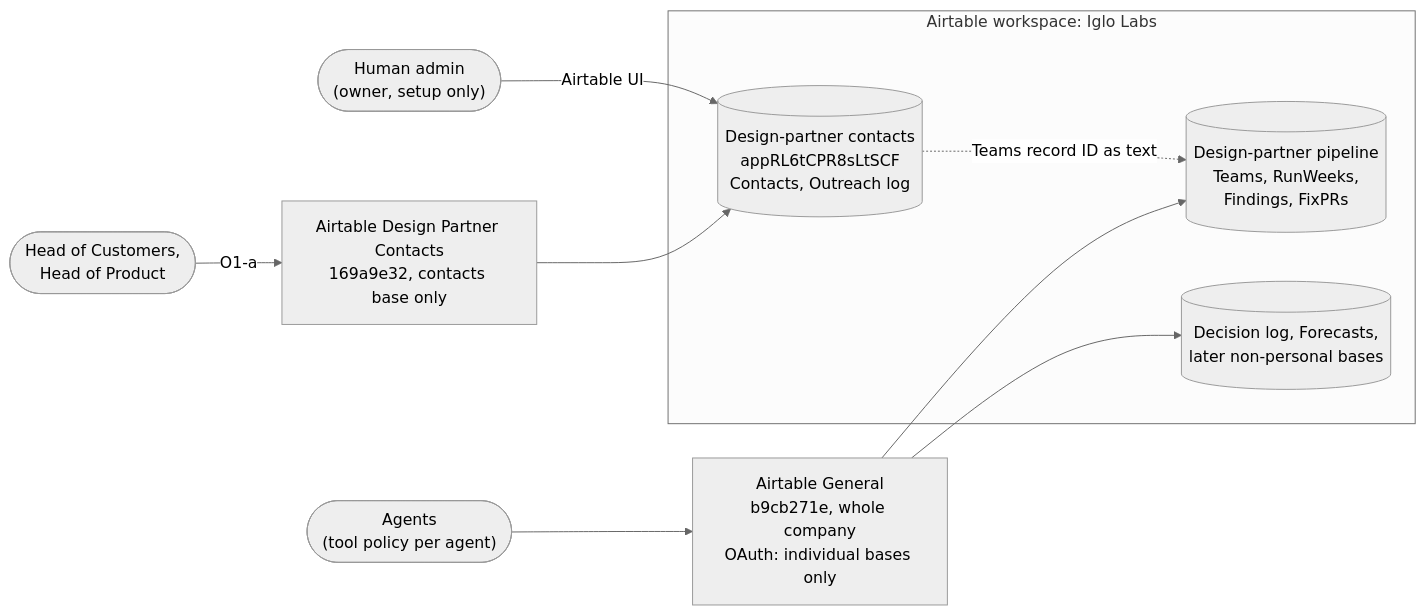
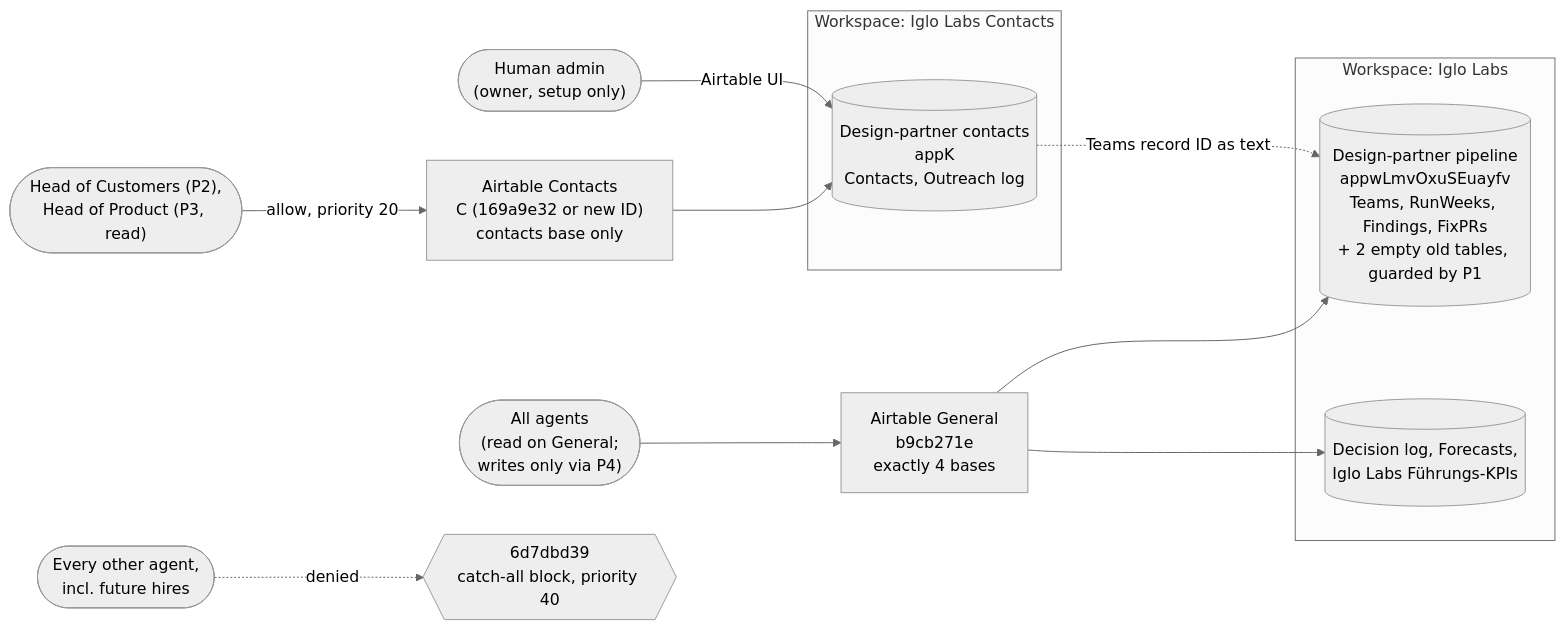
One commit to valentinpalkovic/Igglo changed the diagram in docs/architecture/adr/008-airtable-access-boundary.md. Above: the diagram before and after it, drawn with Mermaid (neutral theme). The commit also changed other lines of this file, not shown here.

First line of the commit message:
docs(adr): ADR-008 records the IGL-71 contacts boundary for the wave 1 trigger

````diff
--- a/docs/architecture/adr/008-airtable-access-boundary.md
+++ b/docs/architecture/adr/008-airtable-access-boundary.md
@@ -129,23 +184,29 @@
 ```mermaid
 flowchart LR
-  agents(["Agents<br/>(tool policy per agent)"])
-  hoc(["Head of Customers,<br/>Head of Product"])
+  agents(["All agents<br/>(read on General;<br/>writes only via P4)"])
+  pair(["Head of Customers (P2),<br/>Head of Product (P3, read)"])
+  others(["Every other agent,<br/>incl. future hires"])
   human(["Human admin<br/>(owner, setup only)"])
 
-  shared["Airtable General<br/>b9cb271e, whole company<br/>OAuth: individual bases only"]
-  exc["Airtable Design Partner Contacts<br/>169a9e32, contacts base only"]
+  general["Airtable General<br/>b9cb271e<br/>exactly 4 bases"]
+  conC["Airtable Contacts<br/>C (169a9e32 or new ID)<br/>contacts base only"]
+  block{{"6d7dbd39<br/>catch-all block, priority 40"}}
 
-  subgraph ws["Airtable workspace: Iglo Labs"]
-    pipe[("Design-partner pipeline<br/>Teams, RunWeeks,<br/>Findings, FixPRs")]
-    contacts[("Design-partner contacts<br/>appRL6tCPR8sLtSCF<br/>Contacts, Outreach log")]
-    other[("Decision log, Forecasts,<br/>later non-personal bases")]
+  subgraph ws1["Workspace: Iglo Labs"]
+    pipe[("Design-partner pipeline<br/>appwLmvOxuSEuayfv<br/>Teams, RunWeeks, Findings, FixPRs<br/>+ 2 empty old tables, guarded by P1")]
+    other[("Decision log, Forecasts,<br/>Iglo Labs Führungs-KPIs")]
   end
 
-  agents --> shared
-  shared --> pipe
-  shared --> other
-  hoc -- "O1-a" --> exc
-  exc --> contacts
+  subgraph ws2["Workspace: Iglo Labs Contacts"]
+    contacts[("Design-partner contacts<br/>appK<br/>Contacts, Outreach log")]
+  end
+
+  agents --> general
+  general --> pipe
+  general --> other
+  pair -- "allow, priority 20" --> conC
+  others -. "denied" .-> block
+  conC --> contacts
   human -- "Airtable UI" --> contacts
   contacts -. "Teams record ID as text" .-> pipe
 ```
````
